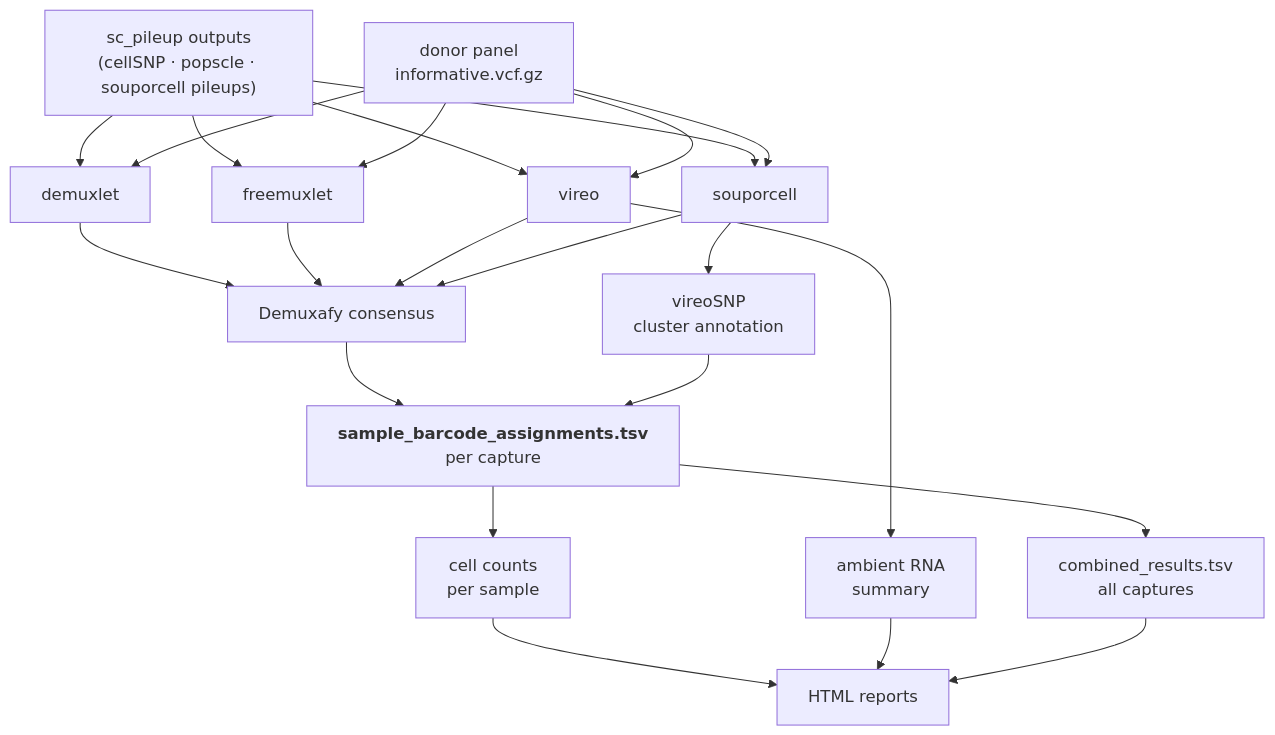
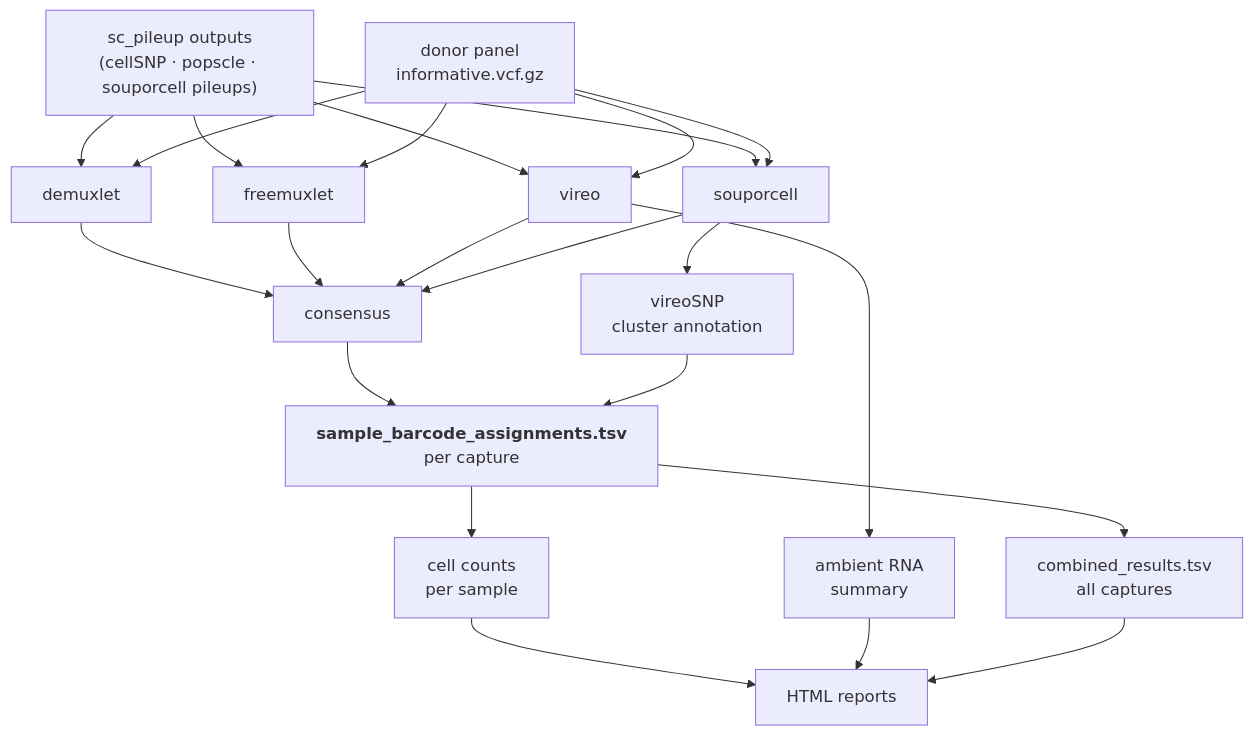
Before and after one commit to swarbricklab/snp_demux: the third of 3 diagrams in README.md, drawn with Mermaid. The commit also changed other lines of this file and 16 other files, not shown here.

````diff
--- a/README.md
+++ b/README.md
@@ -240,30 +241,30 @@
 ```mermaid
 flowchart TB
     PANEL["donor panel<br/>informative.vcf.gz"]
     PLP["sc_pileup outputs<br/>(cellSNP · popscle · souporcell pileups)"]
 
     PLP --> DL["demuxlet"]
     PANEL --> DL
     PLP --> FM["freemuxlet"]
     PANEL --> FM
     PLP --> VI["vireo"]
     PANEL --> VI
     VI --> AMB["ambient RNA<br/>summary"]
     PLP --> SO["souporcell"]
     PANEL --> SO
     SO --> VS["vireoSNP<br/>cluster annotation"]
 
     DL --> DX
     FM --> DX
     VI --> DX
     SO --> DX
-    DX["Demuxafy consensus"] --> ASSIGN
+    DX["consensus"] --> ASSIGN
     VS --> ASSIGN
 
     ASSIGN["<b>sample_barcode_assignments.tsv</b><br/>per capture"] --> STATS["cell counts<br/>per sample"]
     ASSIGN --> COMB["combined_results.tsv<br/>all captures"]
 
     STATS --> REP["HTML reports"]
     AMB --> REP
     COMB --> REP
 ```
````
